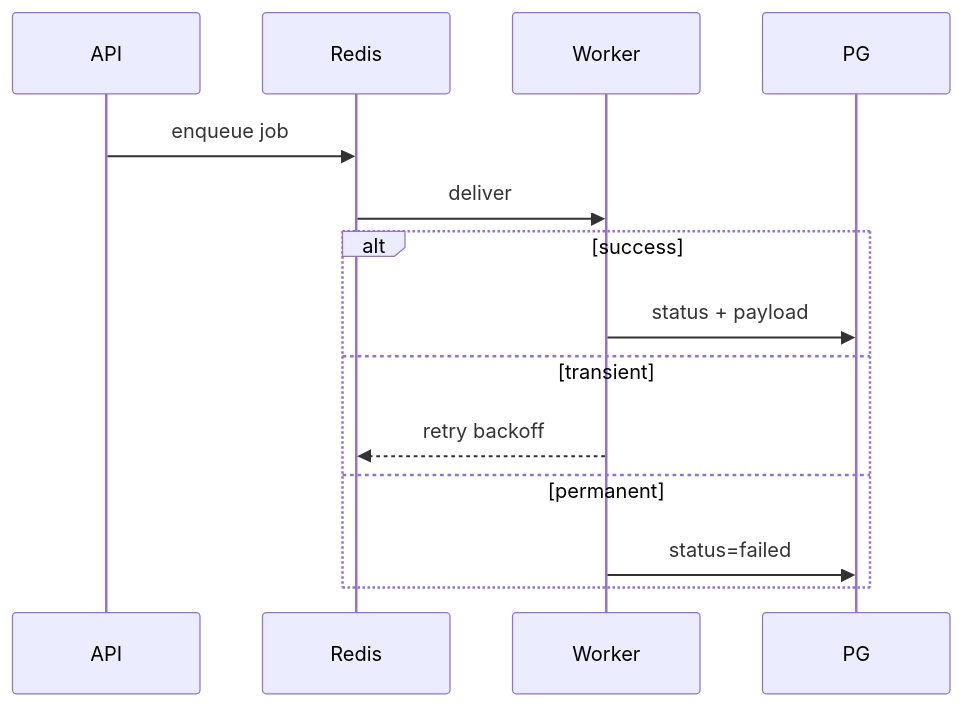
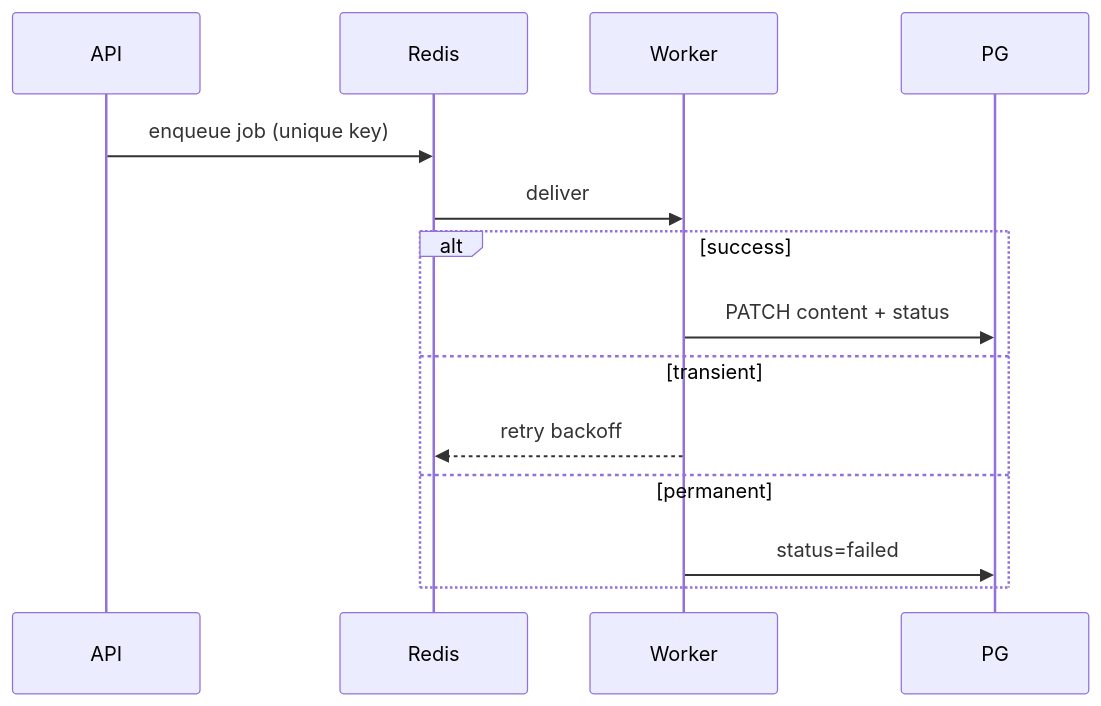
Before and after one commit to BasselSallam2/teacher-mock: the fifth of 5 diagrams in docs/architecture/05-queue-and-sequence.md, drawn with Mermaid. The commit also changed other lines of this file and 10 other files, not shown here.

Commit message:
Enhance README and add system overview documentation; update media handling and lesson planning architecture. Introduce nested media folders and clarify production stack details.

````diff
--- a/docs/architecture/05-queue-and-sequence.md
+++ b/docs/architecture/05-queue-and-sequence.md
@@ -123,17 +147,17 @@
 ```mermaid
 sequenceDiagram
   participant API
   participant Redis
   participant Worker
   participant PG
 
-  API->>Redis: enqueue job
+  API->>Redis: enqueue job (unique key)
   Redis->>Worker: deliver
   alt success
-    Worker->>PG: status + payload
+    Worker->>PG: PATCH content + status
   else transient
     Worker-->>Redis: retry backoff
   else permanent
     Worker->>PG: status=failed
   end
 ```
````
